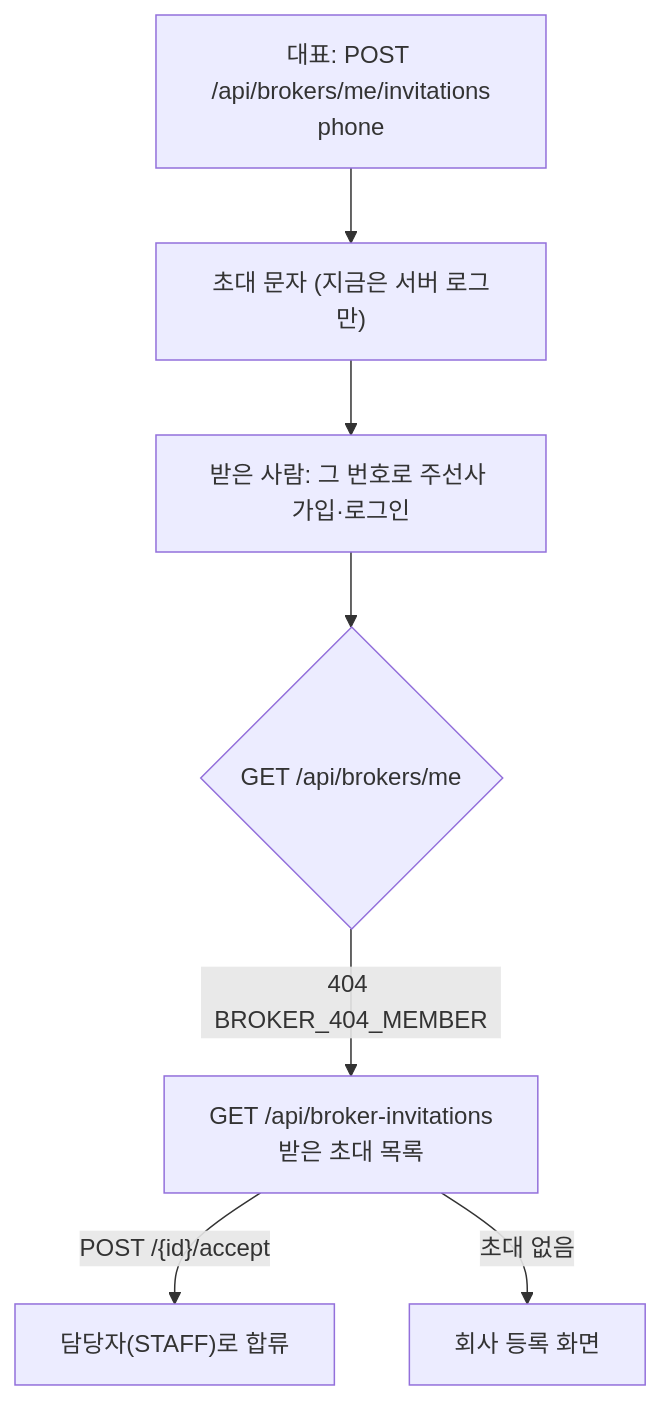
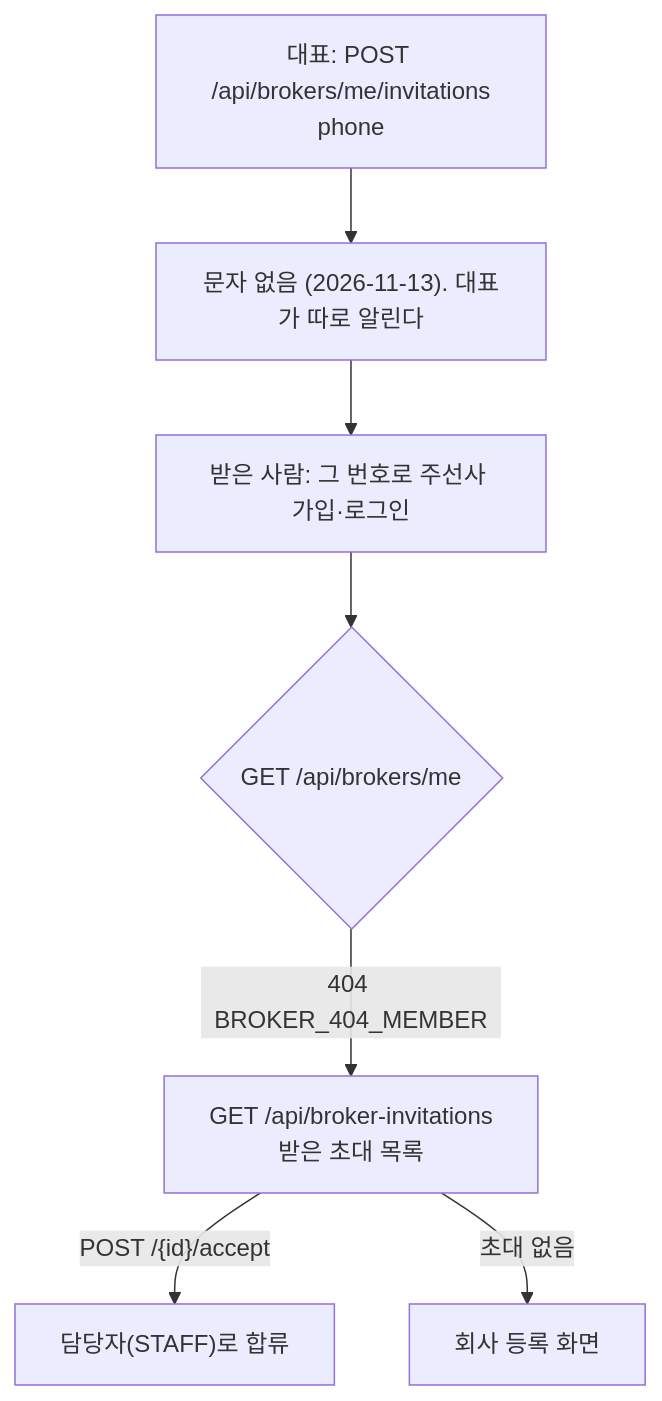
One commit to SeolHuiGwan9478/ieo-app changed the second of 2 diagrams in docs/design/06_주선사_인계_작업내용.md. Above: the diagram before and after it, drawn with Mermaid. The commit also changed other lines of this file and 16 other files, not shown here.

````diff
--- a/docs/design/06_주선사_인계_작업내용.md
+++ b/docs/design/06_주선사_인계_작업내용.md
@@ -161,9 +161,9 @@
 ```mermaid
 flowchart TD
-    owner["대표: POST /api/brokers/me/invitations<br/>phone"] --> sms["초대 문자 (지금은 서버 로그만)"]
+    owner["대표: POST /api/brokers/me/invitations<br/>phone"] --> sms["문자 없음 (2026-11-13). 대표가 따로 알린다"]
     sms --> login["받은 사람: 그 번호로 주선사 가입·로그인"]
     login --> me{"GET /api/brokers/me"}
     me -->|"404 BROKER_404_MEMBER"| list["GET /api/broker-invitations<br/>받은 초대 목록"]
     list -->|"POST /{id}/accept"| joined["담당자(STAFF)로 합류"]
     list -->|"초대 없음"| register["회사 등록 화면"]
 ```
````
